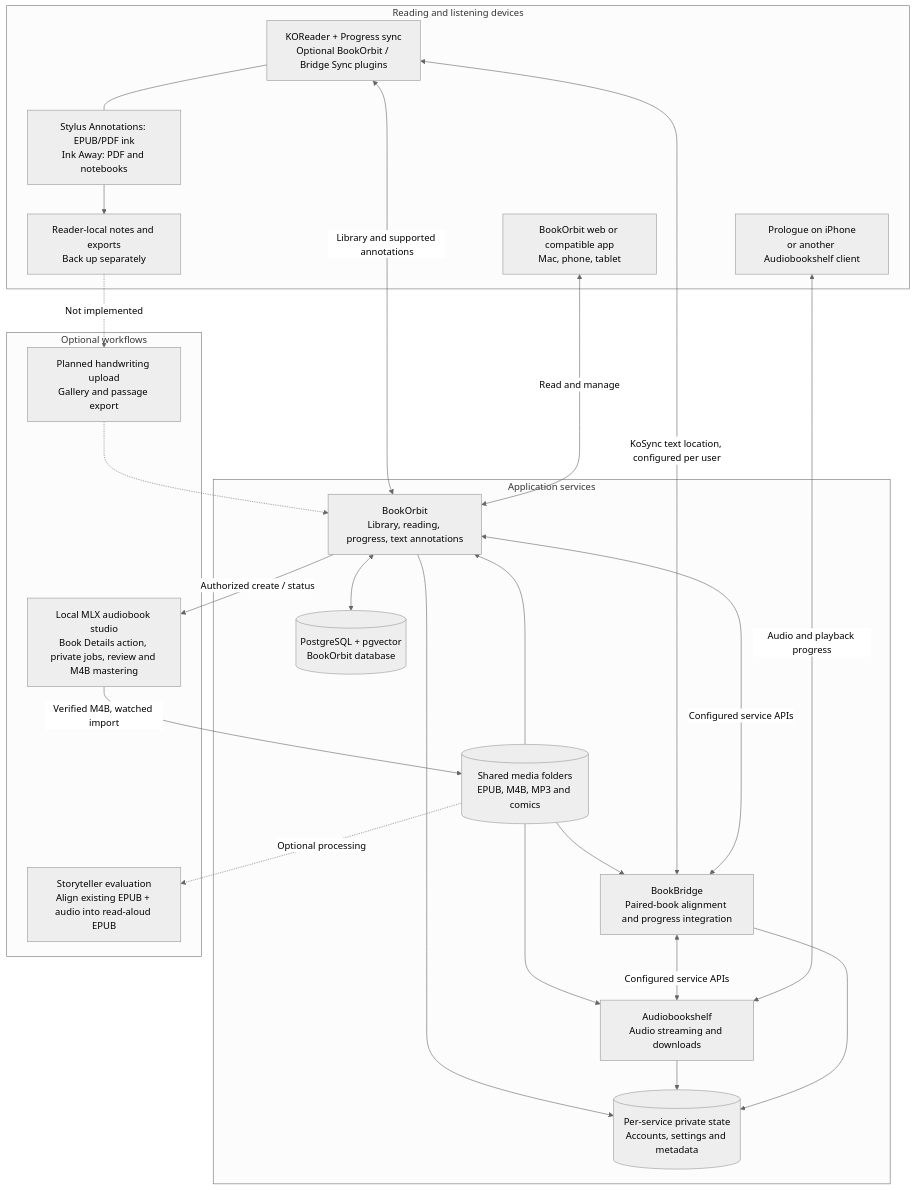
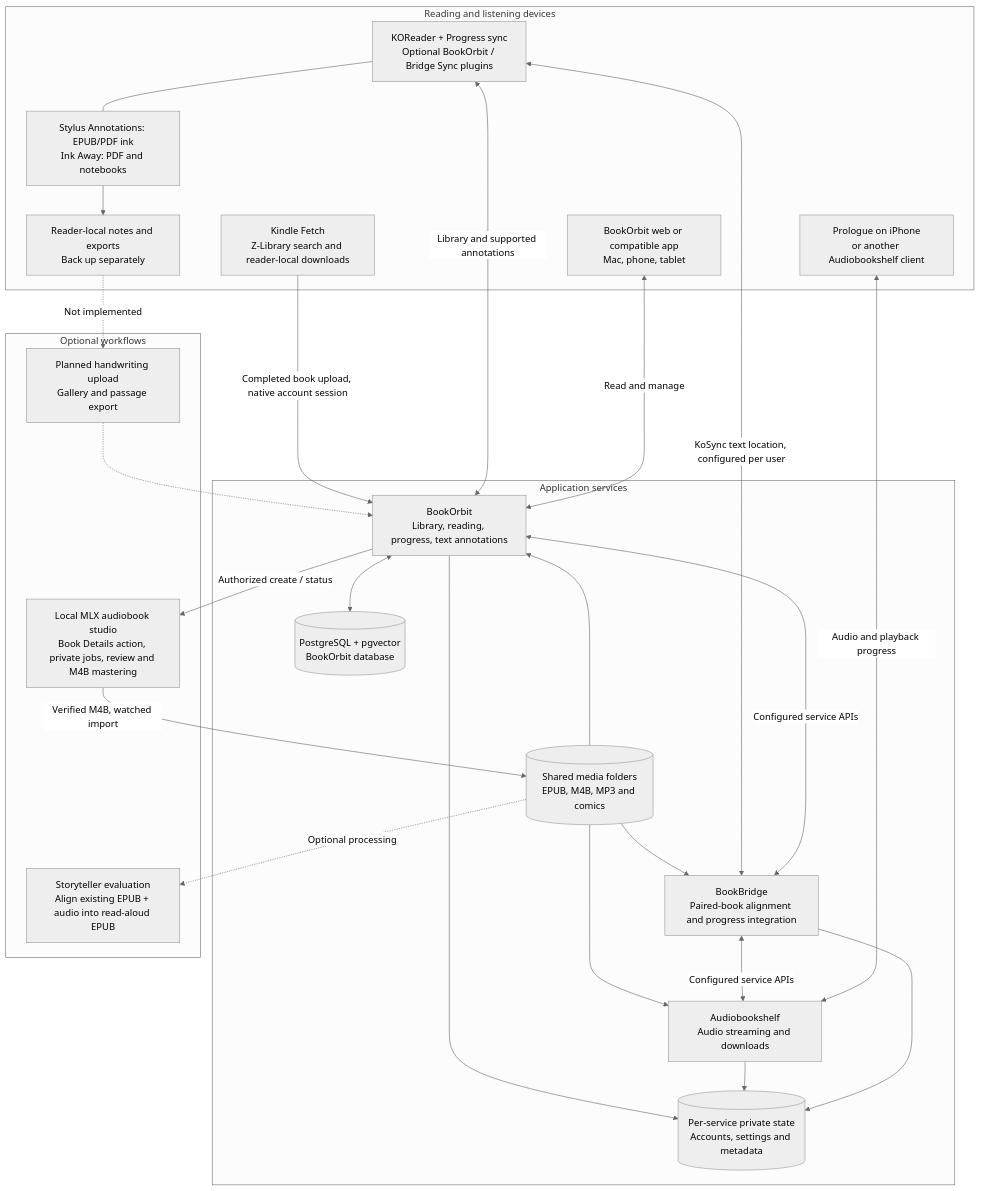
One commit to seshakiran/bookorbit-reading-stack changed the first of 3 diagrams in README.md. Above: the diagram before and after it, drawn with Mermaid (neutral theme). The commit also changed other lines of this file and 3 other files, not shown here.

Commit message:
Document Kindle Fetch automatic uploads and verified reader networking

````diff
--- a/README.md
+++ b/README.md
@@ -49,43 +50,45 @@
 ```mermaid
 flowchart TB
     subgraph Clients[Reading and listening devices]
         K["KOReader + Progress sync<br/>Optional BookOrbit / Bridge Sync plugins"]
         W["BookOrbit web or compatible app<br/>Mac, phone, tablet"]
         P["Prologue on iPhone<br/>or another Audiobookshelf client"]
         INK["Stylus Annotations: EPUB/PDF ink<br/>Ink Away: PDF and notebooks"]
         LOCAL["Reader-local notes and exports<br/>Back up separately"]
         INK --> LOCAL
         K --- INK
+        KF["Kindle Fetch<br/>Z-Library search and reader-local downloads"]
     end
     subgraph Services[Application services]
         B["BookOrbit<br/>Library, reading, progress, text annotations"]
         A["Audiobookshelf<br/>Audio streaming and downloads"]
         R["BookBridge<br/>Paired-book alignment and progress integration"]
         DB[("PostgreSQL + pgvector<br/>BookOrbit database")]
         STATE[("Per-service private state<br/>Accounts, settings and metadata")]
         MEDIA[("Shared media folders<br/>EPUB, M4B, MP3 and comics")]
         B <--> DB
         B --> STATE
         A --> STATE
         R --> STATE
         MEDIA --> B
         MEDIA --> A
         MEDIA --> R
         R <-->|Configured service APIs| B
         R <-->|Configured service APIs| A
     end
+    KF -->|Completed book upload, native account session| B
     K <-->|Library and supported annotations| B
     K <-->|KoSync text location, configured per user| R
     W <-->|Read and manage| B
     P <-->|Audio and playback progress| A
     subgraph Optional[Optional workflows]
         TTS["Local MLX audiobook studio<br/>Book Details action, private jobs, review and M4B mastering"]
         ST["Storyteller evaluation<br/>Align existing EPUB + audio into read-aloud EPUB"]
         INKSYNC["Planned handwriting upload<br/>Gallery and passage export"]
     end
     B -->|Authorized create / status| TTS
     TTS -->|Verified M4B, watched import| MEDIA
     MEDIA -.->|Optional processing| ST
     LOCAL -.->|Not implemented| INKSYNC
     INKSYNC -.-> B
 ```
````
